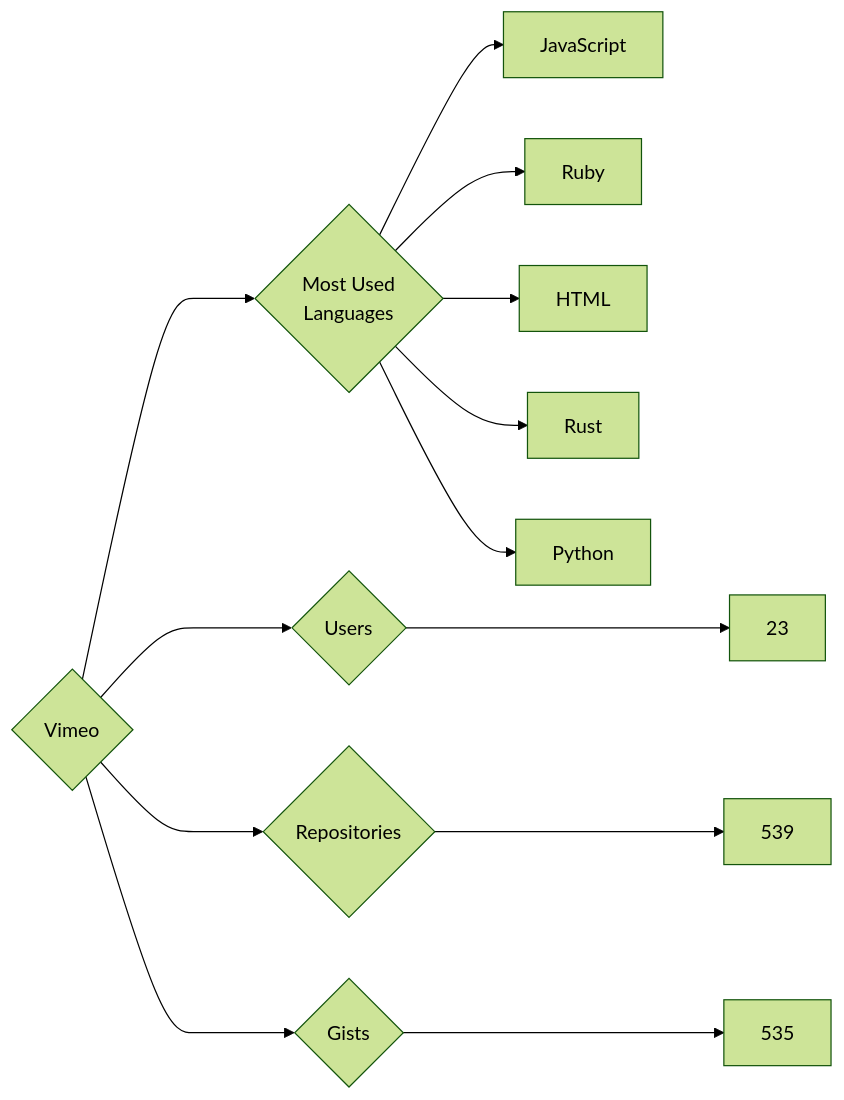
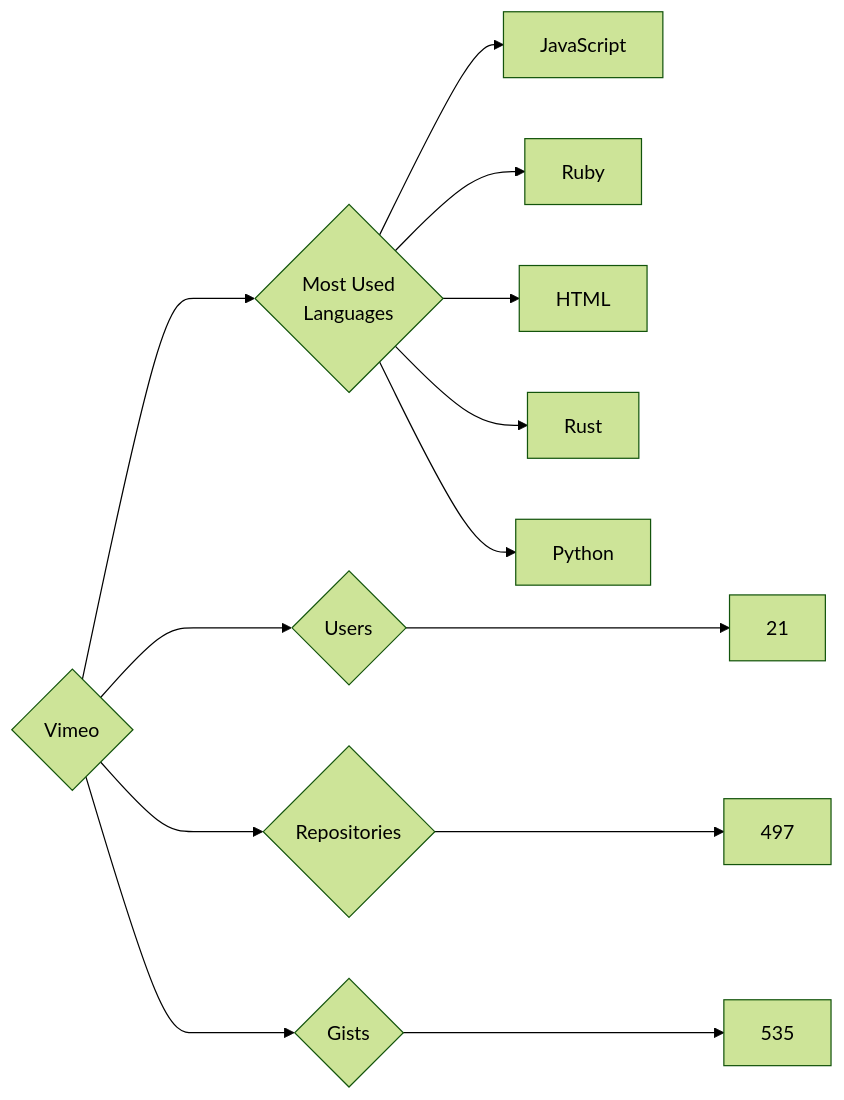
One commit to trickest/insiders changed the diagram in targets/Vimeo/README.md. Above: the diagram before and after it, drawn with Mermaid (forest theme). The commit also changed 1389 other files, not shown here.

````diff
--- a/targets/Vimeo/README.md
+++ b/targets/Vimeo/README.md
@@ -3,13 +3,13 @@
 ```mermaid
 graph LR
 COMPANY_NAME{Vimeo}
-COMPANY_NAME ---> U{Users} ---> UN[23]
-COMPANY_NAME ---> R{Repositories} ---> RN[539]
+COMPANY_NAME ---> U{Users} ---> UN[21]
+COMPANY_NAME ---> R{Repositories} ---> RN[497]
 COMPANY_NAME ---> G{Gists} ---> GN[535]
 COMPANY_NAME ---> ML{Most Used<br>Languages}
 ML --> JavaScript[JavaScript]
 ML --> Ruby[Ruby]
 ML --> HTML[HTML]
 ML --> Rust[Rust]
 ML --> Python[Python]
 ```
````
